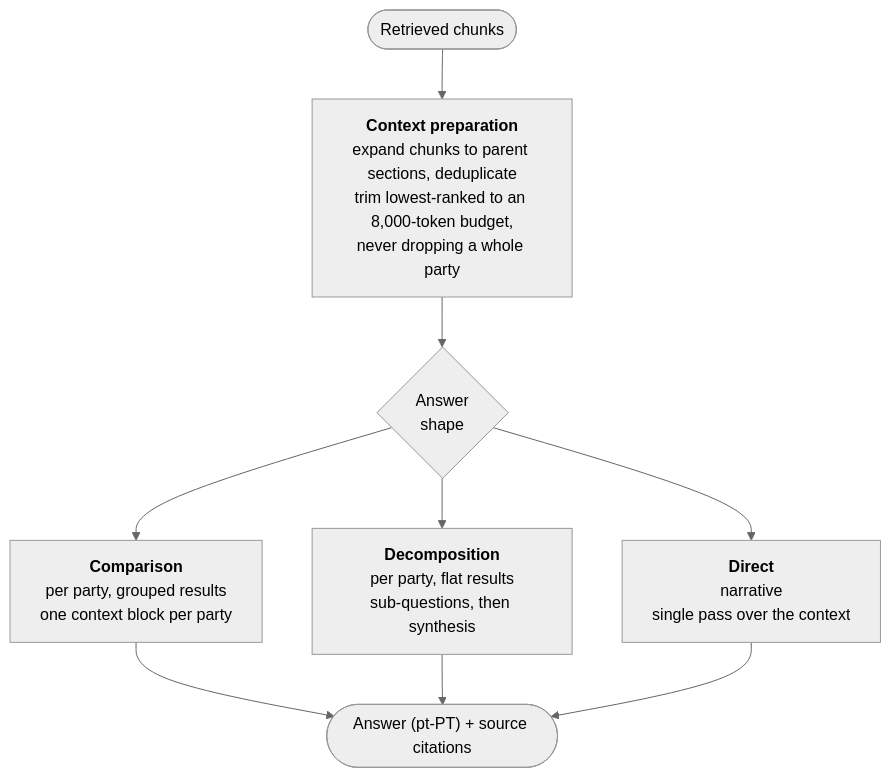
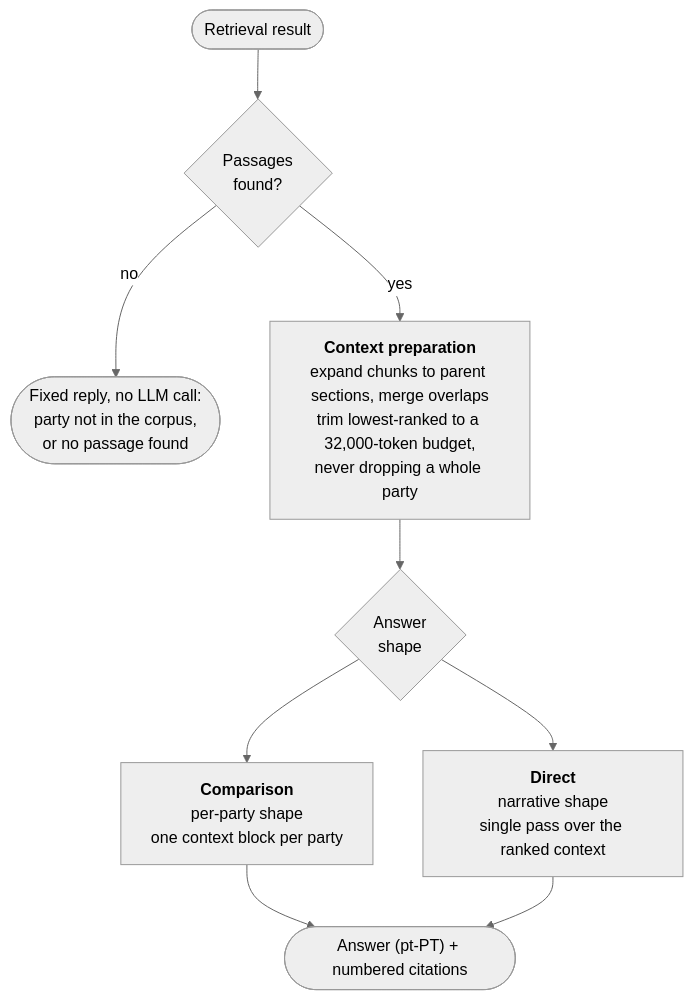
Before and after one commit to afonsoni/thesis: the fourth of 5 diagrams in docs/architecture.md, drawn with Mermaid (neutral theme). The commit also changed other lines of this file and 6 other files, not shown here.

First line of the commit message:
docs(architecture): bring the diagrams up to date with the pipeline

````diff
--- a/docs/architecture.md
+++ b/docs/architecture.md
@@ -175,14 +174,17 @@
 ```mermaid
 flowchart TD
-    IN(["Retrieved chunks"])
-    CTX["<b>Context preparation</b><br/>expand chunks to parent sections, deduplicate<br/>trim lowest-ranked to an 8,000-token budget,<br/>never dropping a whole party"]
+    IN(["Retrieval result"])
+    CHK{"Passages<br/>found?"}
+    FIX(["Fixed reply, no LLM call:<br/>party not in the corpus,<br/>or no passage found"])
+    CTX["<b>Context preparation</b><br/>expand chunks to parent sections, merge overlaps<br/>trim lowest-ranked to a 32,000-token budget,<br/>never dropping a whole party"]
     D{"Answer<br/>shape"}
-    CMP["<b>Comparison</b><br/>per party, grouped results<br/>one context block per party"]
-    DEC["<b>Decomposition</b><br/>per party, flat results<br/>sub-questions, then synthesis"]
-    DIR["<b>Direct</b><br/>narrative<br/>single pass over the context"]
-    OUT(["Answer (pt-PT) + source citations"])
+    CMP["<b>Comparison</b><br/>per-party shape<br/>one context block per party"]
+    DIR["<b>Direct</b><br/>narrative shape<br/>single pass over the ranked context"]
+    OUT(["Answer (pt-PT) + numbered citations"])
 
-    IN --> CTX --> D
-    D --> CMP & DEC & DIR
-    CMP & DEC & DIR --> OUT
+    IN --> CHK
+    CHK -->|no| FIX
+    CHK -->|yes| CTX --> D
+    D --> CMP & DIR
+    CMP & DIR --> OUT
 ```
````
